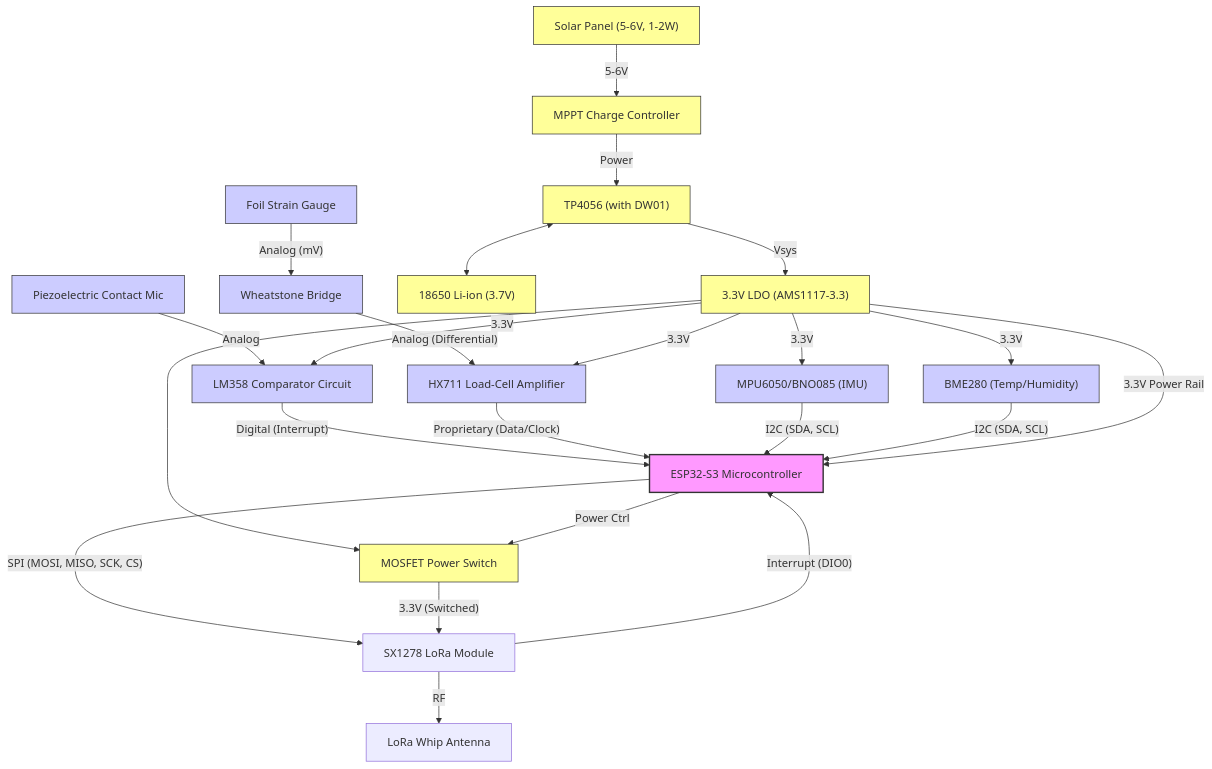
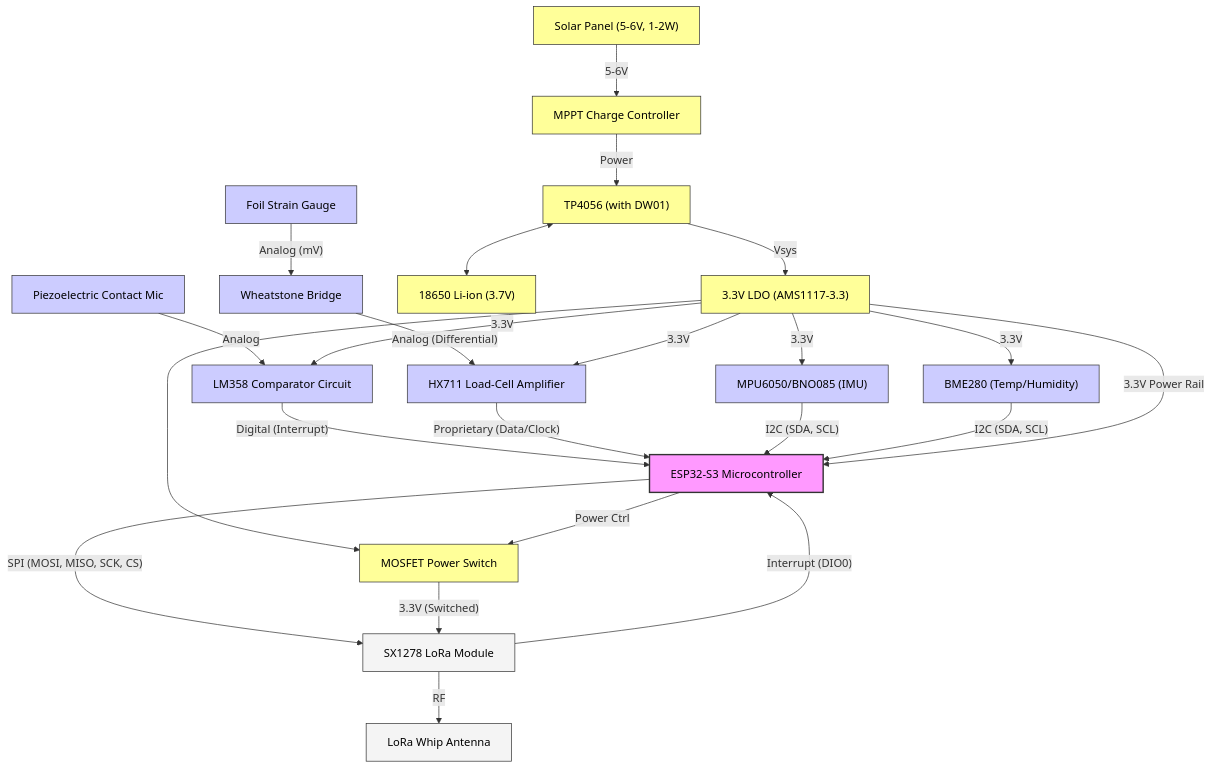
One commit to TGLPD/ATF-V2.1-Edge-SHM-Node changed the first of 3 diagrams in Documentation/05_System_Interconnection.md. Above: the diagram before and after it, drawn with Mermaid.

Commit message:
Improve contrast styling in system interconnection diagram
Updated styling for better contrast in diagrams.

````diff
--- a/Documentation/05_System_Interconnection.md
+++ b/Documentation/05_System_Interconnection.md
@@ -11,64 +11,66 @@
 ```mermaid
 graph TD
     %% Main Controller
     ESP["ESP32-S3 Microcontroller"]
 
     %% Sensors & Analog Front Ends
     Piezo["Piezoelectric Contact Mic"]
     LM358["LM358 Comparator Circuit"]
     Strain["Foil Strain Gauge"]
     Bridge["Wheatstone Bridge"]
     HX711["HX711 Load-Cell Amplifier"]
     IMU["MPU6050/BNO085 (IMU)"]
     BME["BME280 (Temp/Humidity)"]
     
     %% Communication
     LoRa["SX1278 LoRa Module"]
     Antenna["LoRa Whip Antenna"]
 
     %% Power Subsystem
     Solar["Solar Panel (5-6V, 1-2W)"]
     MPPT["MPPT Charge Controller"]
     TP4056["TP4056 (with DW01)"]
     Battery["18650 Li-ion (3.7V)"]
     LDO["3.3V LDO (AMS1117-3.3)"]
     Mosfet["MOSFET Power Switch"]
 
     %% Connections - Signal
     Piezo -- Analog --> LM358
     LM358 -- "Digital (Interrupt)" --> ESP
     
     Strain -- "Analog (mV)" --> Bridge
     Bridge -- "Analog (Differential)" --> HX711
     HX711 -- "Proprietary (Data/Clock)" --> ESP
     
     IMU -- "I2C (SDA, SCL)" --> ESP
     BME -- "I2C (SDA, SCL)" --> ESP
     
     ESP -- "SPI (MOSI, MISO, SCK, CS)" --> LoRa
     LoRa -- "Interrupt (DIO0)" --> ESP
     LoRa -- "RF" --> Antenna
 
     %% Connections - Power
     Solar -- "5-6V" --> MPPT
     MPPT -- "Power" --> TP4056
     TP4056 <--> Battery
     TP4056 -- "Vsys" --> LDO
     LDO -- "3.3V Power Rail" --> ESP
     LDO -- "3.3V" --> BME
     LDO -- "3.3V" --> IMU
     LDO -- "3.3V" --> HX711
     LDO -- "3.3V" --> LM358
     
     LDO --> Mosfet
     ESP -- "Power Ctrl" --> Mosfet
     Mosfet -- "3.3V (Switched)" --> LoRa
 
-    classDef mcu fill:#f9f,stroke:#333,stroke-width:2px;
-    classDef power fill:#ff9,stroke:#333,stroke-width:1px;
-    classDef sensor fill:#ccf,stroke:#333,stroke-width:1px;
+    %% Improved Contrast Styling
+    classDef default fill:#f4f4f4,stroke:#333,stroke-width:1px,color:#000;
+    classDef mcu fill:#f9f,stroke:#333,stroke-width:2px,color:#000;
+    classDef power fill:#ff9,stroke:#333,stroke-width:1px,color:#000;
+    classDef sensor fill:#ccf,stroke:#333,stroke-width:1px,color:#000;
     
     class ESP mcu;
     class Solar,MPPT,TP4056,Battery,LDO,Mosfet power;
     class Piezo,LM358,Strain,Bridge,HX711,IMU,BME sensor;
 ```
````
